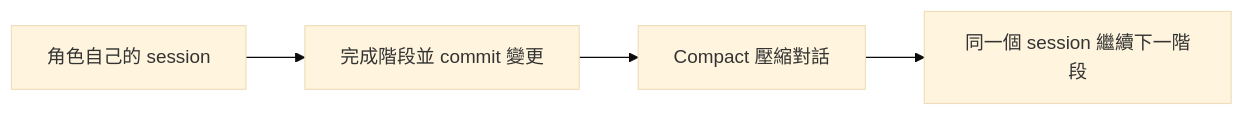
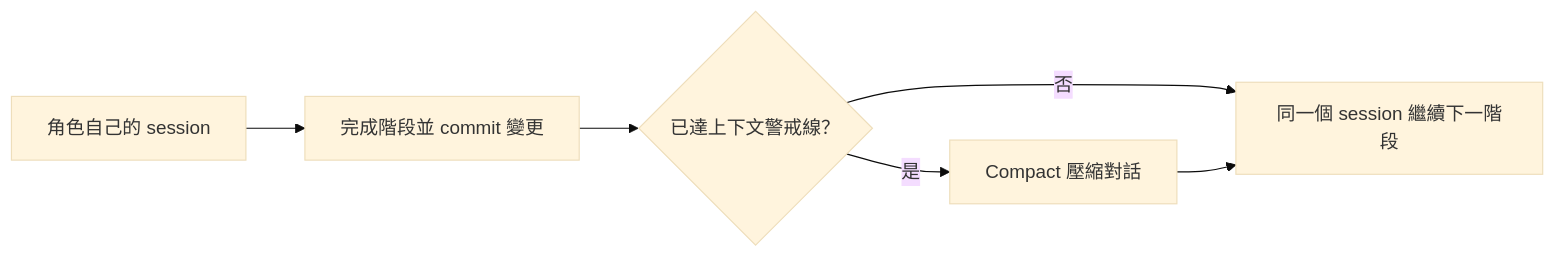
The second of 2 diagrams in README.zh-TW.md (AquilaWei/harnessboard), drawn with Mermaid (base theme) before and after one commit. The commit also changed other lines of this file and 12 other files, not shown here.

````diff
--- a/README.zh-TW.md
+++ b/README.zh-TW.md
@@ -165,6 +165,8 @@
 ```mermaid
 flowchart LR
   S1[角色自己的 session] --> H[完成階段並 commit 變更]
-  H --> C[Compact 壓縮對話]
+  H --> W{已達上下文警戒線？}
+  W -->|是| C[Compact 壓縮對話]
+  W -->|否| S2
   C --> S2[同一個 session 繼續下一階段]
 ```
````
